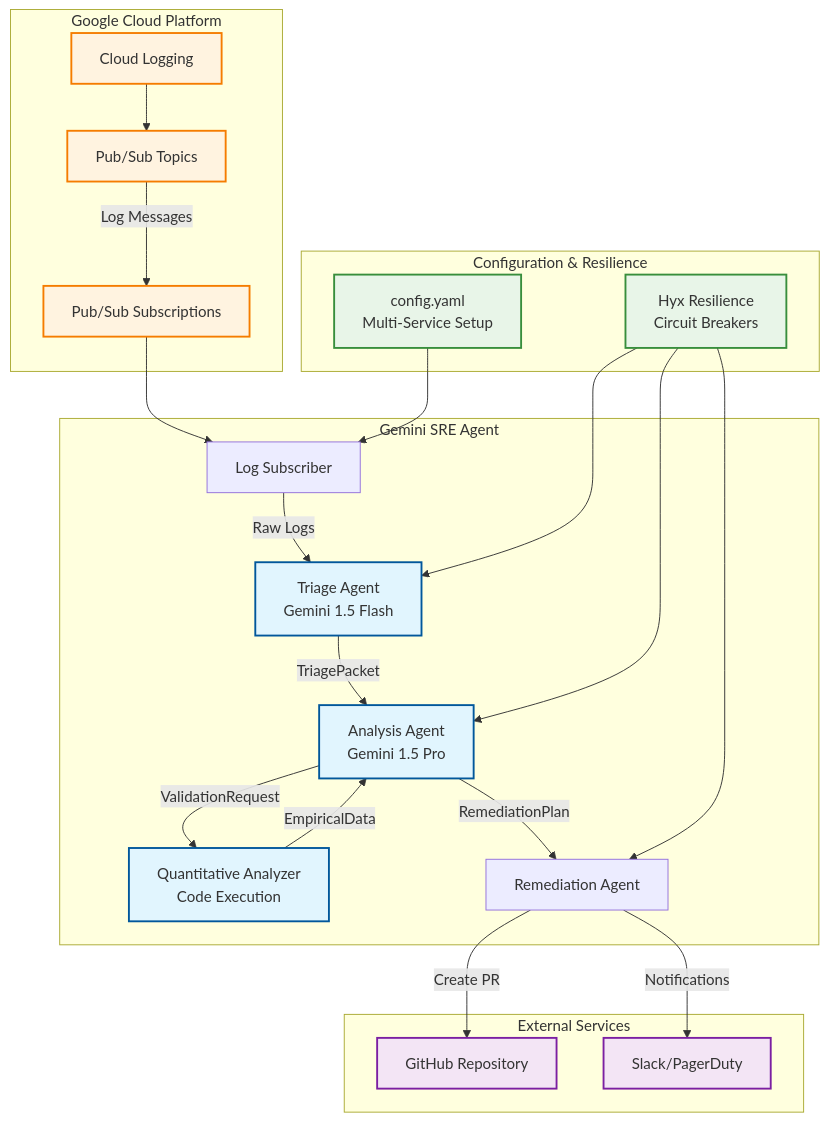
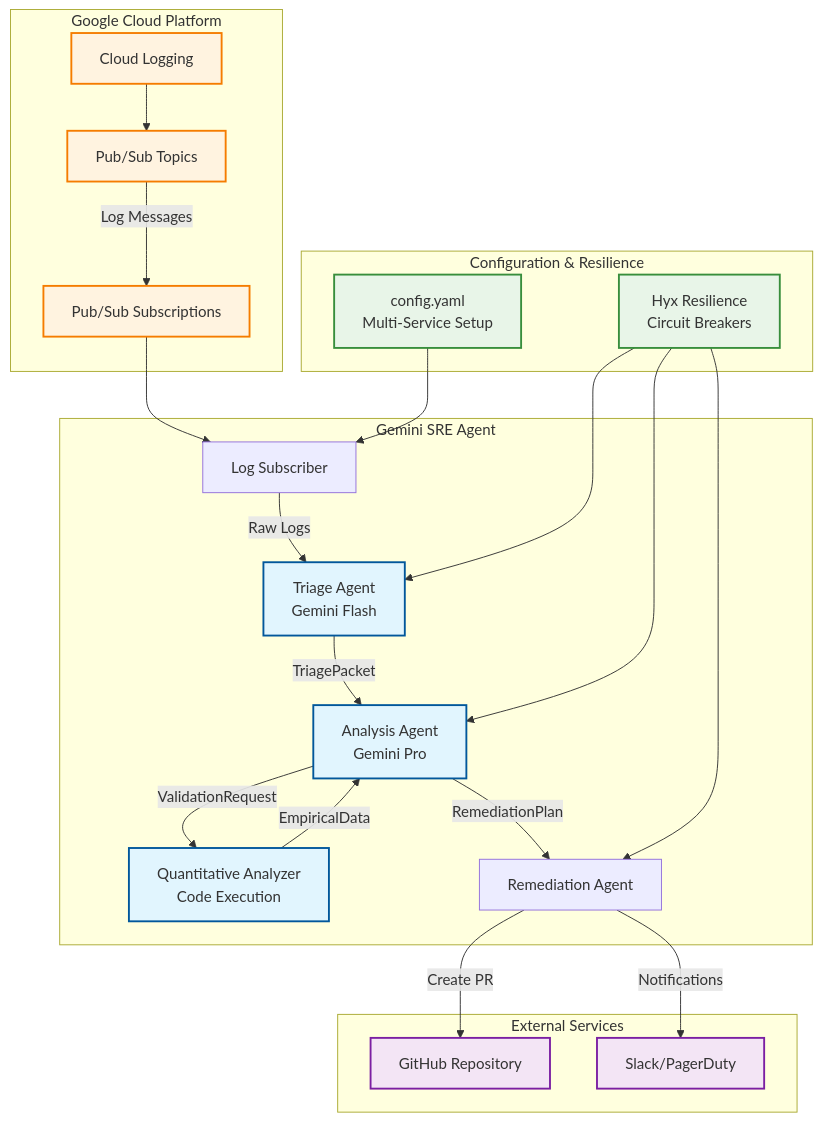
Before and after one commit to khael-kun-cmd/gemini-sre-agent: the diagram in README.md, drawn with Mermaid. The commit also changed other lines of this file and 3 other files, not shown here.

````diff
--- a/README.md
+++ b/README.md
@@ -21,38 +21,38 @@
 ```mermaid
 graph TB
     subgraph "Google Cloud Platform"
         CL[Cloud Logging] --> PS[Pub/Sub Topics]
         PS --> |Log Messages| SUB[Pub/Sub Subscriptions]
     end
     
     subgraph "Gemini SRE Agent"
         SUB --> LS[Log Subscriber]
-        LS --> |Raw Logs| TA[Triage Agent<br/>Gemini 1.5 Flash]
-        TA --> |TriagePacket| AA[Analysis Agent<br/>Gemini 1.5 Pro]
+        LS --> |Raw Logs| TA[Triage Agent<br/>Gemini Flash]
+        TA --> |TriagePacket| AA[Analysis Agent<br/>Gemini Pro]
         AA --> |ValidationRequest| QA[Quantitative Analyzer<br/>Code Execution]
         QA --> |EmpiricalData| AA
         AA --> |RemediationPlan| RA[Remediation Agent]
     end
     
     subgraph "External Services"
         RA --> |Create PR| GH[GitHub Repository]
         RA --> |Notifications| SLACK[Slack/PagerDuty]
     end
     
     subgraph "Configuration & Resilience"
         CONFIG[config.yaml<br/>Multi-Service Setup] --> LS
         RESILIENCE[Hyx Resilience<br/>Circuit Breakers] --> TA
         RESILIENCE --> AA
         RESILIENCE --> RA
     end
     
     classDef aiComponent fill:#e1f5fe,stroke:#01579b,stroke-width:2px
     classDef gcpService fill:#fff3e0,stroke:#f57c00,stroke-width:2px
     classDef external fill:#f3e5f5,stroke:#7b1fa2,stroke-width:2px
     classDef config fill:#e8f5e8,stroke:#388e3c,stroke-width:2px
     
     class TA,AA,QA aiComponent
     class CL,PS,SUB gcpService
     class GH,SLACK external
     class CONFIG,RESILIENCE config
 ```
````
